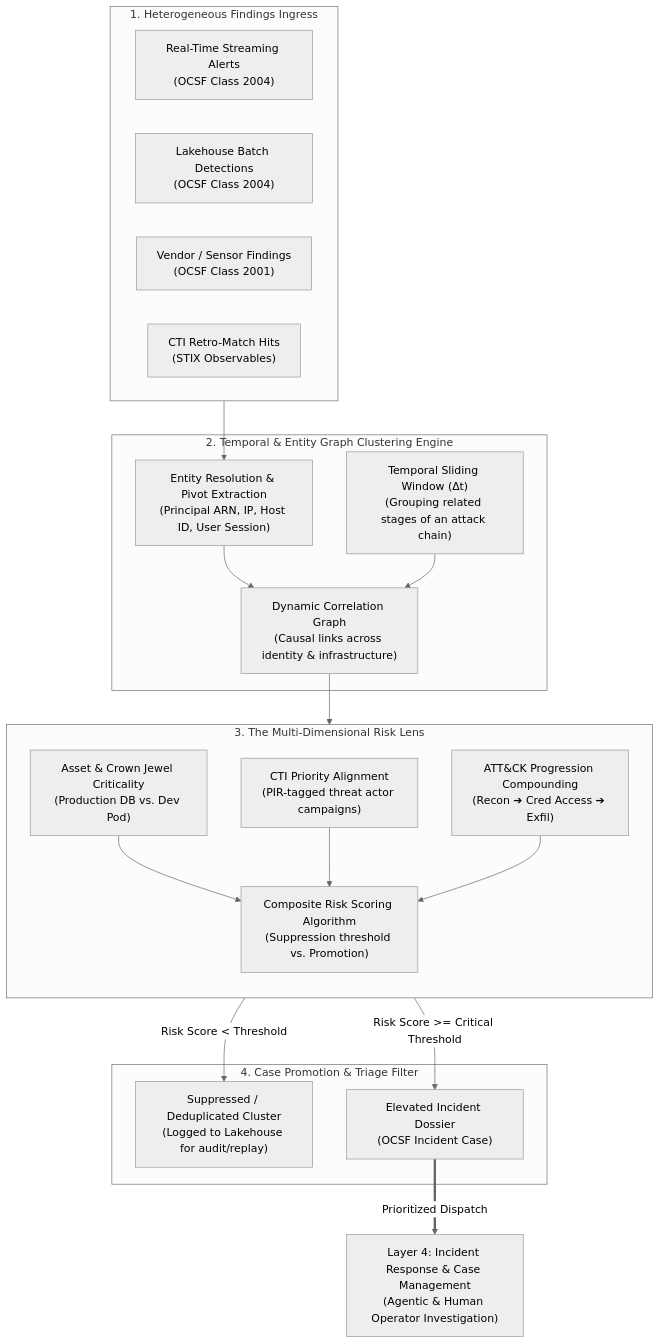
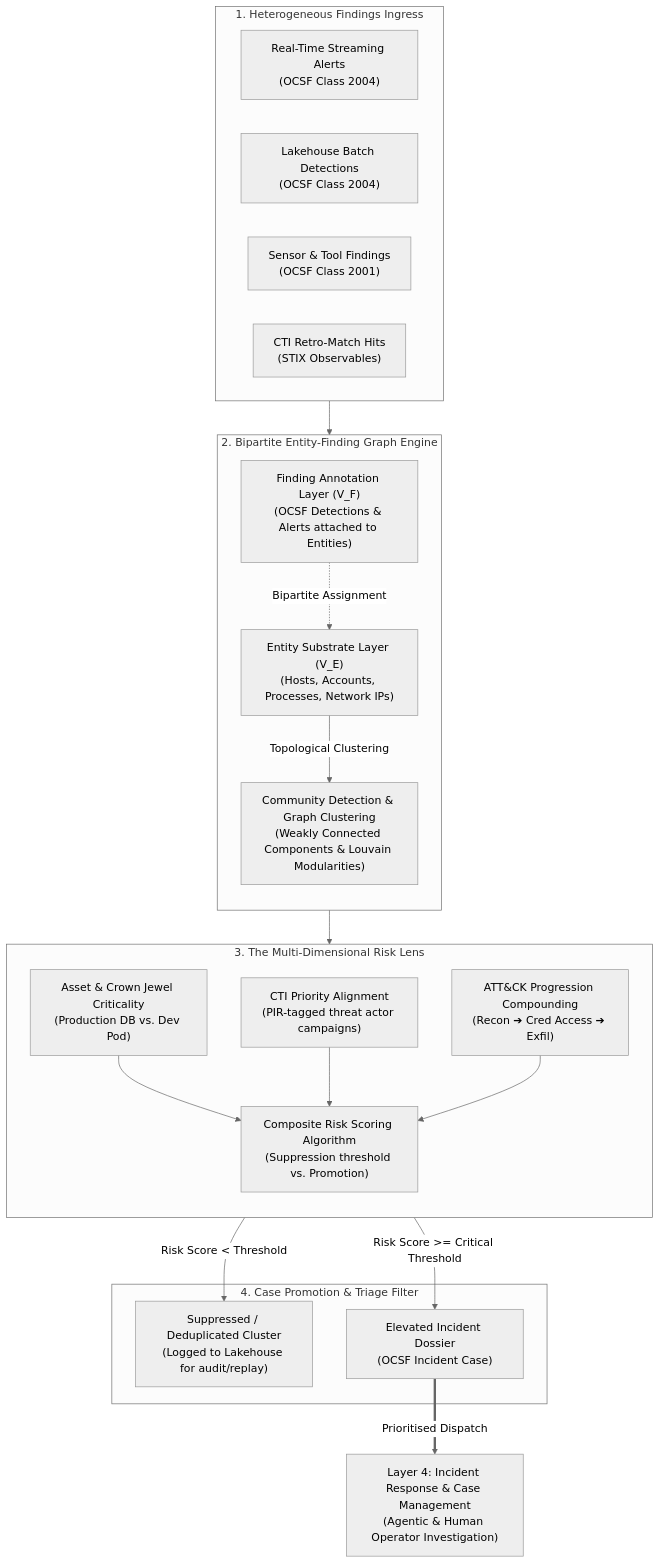
Before and after one commit to Haribu/TIDIR: the seventh of 7 diagrams in docs/architecture/06-layer-3-threat-intel-detection.md, drawn with Mermaid (neutral theme). The commit also changed other lines of this file and 34 other files, not shown here.

````diff
--- a/docs/architecture/06-layer-3-threat-intel-detection.md
+++ b/docs/architecture/06-layer-3-threat-intel-detection.md
@@ -226,43 +226,44 @@
 ```mermaid
 flowchart TB
   subgraph IngressFindings ["1. Heterogeneous Findings Ingress"]
     direction LR
     F_STREAM["Real-Time Streaming Alerts\n(OCSF Class 2004)"]
     F_BATCH["Lakehouse Batch Detections\n(OCSF Class 2004)"]
-    F_SECURITY["Vendor / Sensor Findings\n(OCSF Class 2001)"]
+    F_SECURITY["Sensor & Tool Findings\n(OCSF Class 2001)"]
     F_INTEL["CTI Retro-Match Hits\n(STIX Observables)"]
   end
 
-  subgraph GraphClustering ["2. Temporal & Entity Graph Clustering Engine"]
-    PIVOT["Entity Resolution & Pivot Extraction\n(Principal ARN, IP, Host ID, User Session)"]
-    GRAPH["Dynamic Correlation Graph\n(Causal links across identity & infrastructure)"]
-    WINDOW["Temporal Sliding Window (Δt)\n(Grouping related stages of an attack chain)"]
+  subgraph BipartiteGraphEngine ["2. Bipartite Entity-Finding Graph Engine"]
+    direction TB
+    ENTITY_LAYER["Entity Substrate Layer (V_E)\n(Hosts, Accounts, Processes, Network IPs)"]
+    FINDING_LAYER["Finding Annotation Layer (V_F)\n(OCSF Detections & Alerts attached to Entities)"]
+    COMMUNITY["Community Detection & Graph Clustering\n(Weakly Connected Components & Louvain Modularities)"]
     
-    PIVOT --> GRAPH
-    WINDOW --> GRAPH
+    FINDING_LAYER -.->|Bipartite Assignment| ENTITY_LAYER
+    ENTITY_LAYER -->|Topological Clustering| COMMUNITY
   end
 
   subgraph RiskLens ["3. The Multi-Dimensional Risk Lens"]
     direction TB
     RL_ASSET["Asset & Crown Jewel Criticality\n(Production DB vs. Dev Pod)"]
     RL_CTI["CTI Priority Alignment\n(PIR-tagged threat actor campaigns)"]
     RL_STAGE["ATT&CK Progression Compounding\n(Recon ➔ Cred Access ➔ Exfil)"]
     RL_SCORE["Composite Risk Scoring Algorithm\n(Suppression threshold vs. Promotion)"]
 
     RL_ASSET --> RL_SCORE
     RL_CTI --> RL_SCORE
     RL_STAGE --> RL_SCORE
   end
 
   subgraph PromotionDecision ["4. Case Promotion & Triage Filter"]
     NOISE["Suppressed / Deduplicated Cluster\n(Logged to Lakehouse for audit/replay)"]
     CASE_PROMOTED["Elevated Incident Dossier\n(OCSF Incident Case)"]
   end
 
-  IngressFindings --> PIVOT
-  GRAPH --> RiskLens
+  IngressFindings --> FINDING_LAYER
+  COMMUNITY --> RiskLens
   RL_SCORE -->|Risk Score < Threshold| NOISE
   RL_SCORE -->|Risk Score >= Critical Threshold| CASE_PROMOTED
 
-  CASE_PROMOTED ==>|Prioritized Dispatch| L4_ENG["Layer 4: Incident Response & Case Management\n(Agentic & Human Operator Investigation)"]
+  CASE_PROMOTED ==>|Prioritised Dispatch| L4_ENG["Layer 4: Incident Response & Case Management\n(Agentic & Human Operator Investigation)"]
 ```
````
